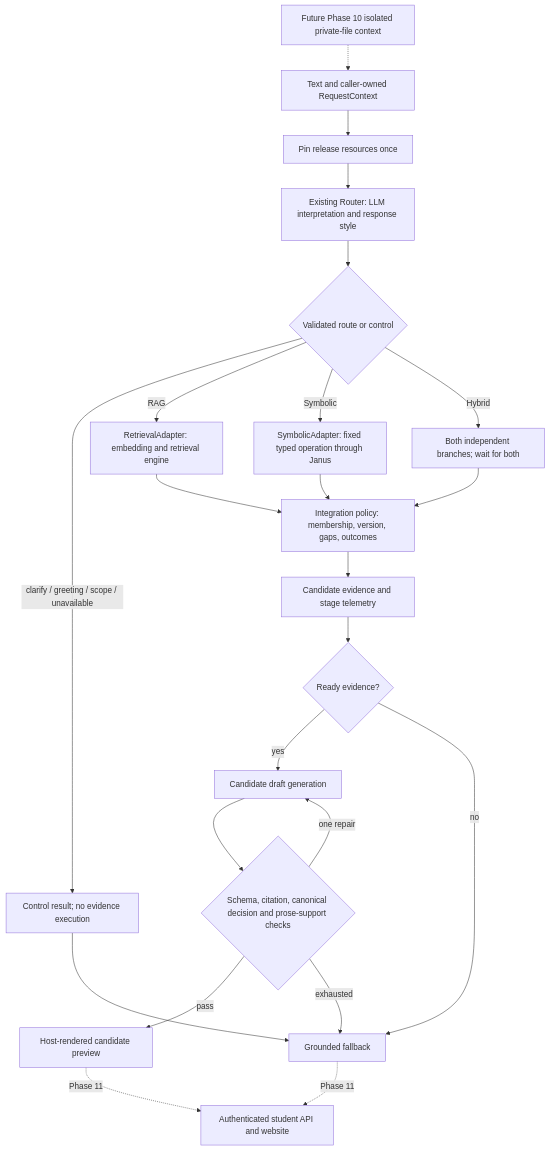
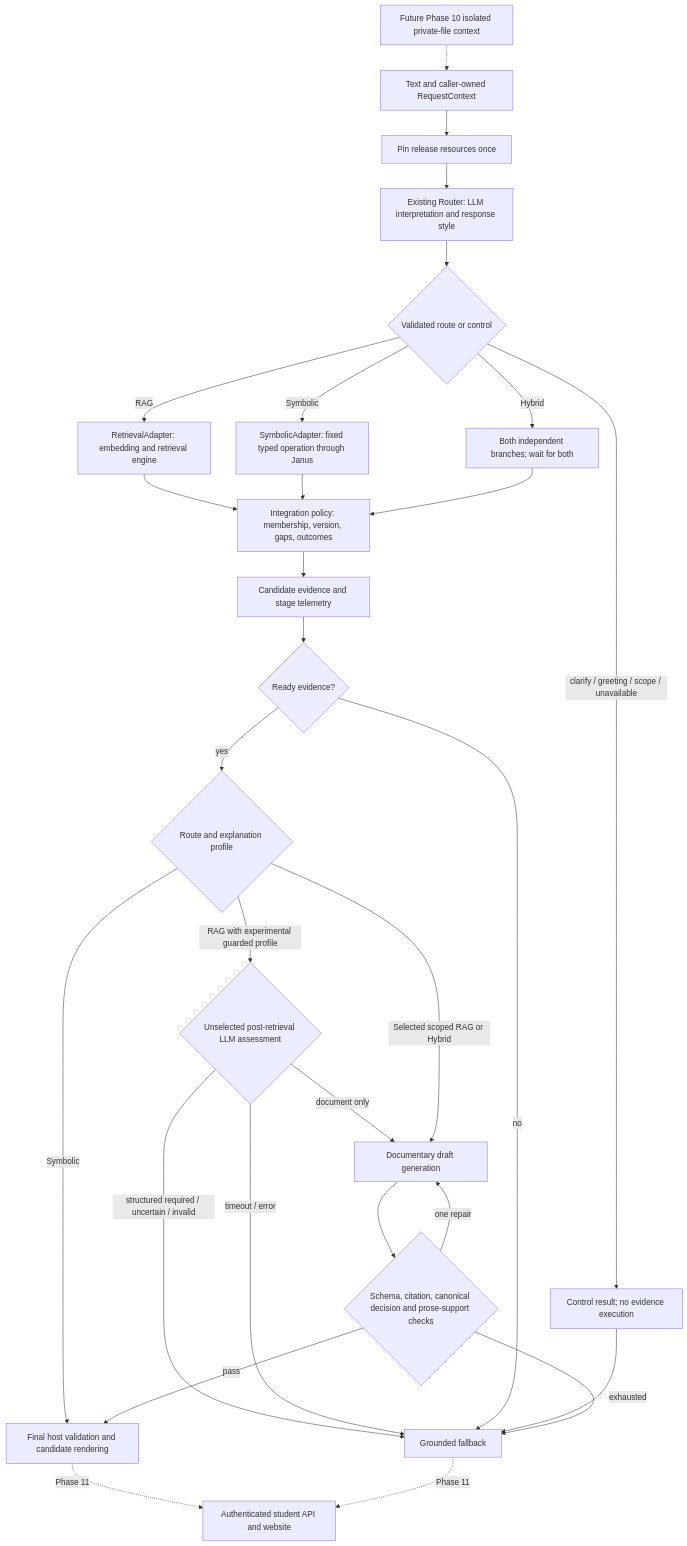
One commit to bintanong420/Bintanong changed the second of 2 diagrams in docs/development/pipelines.md. Above: the diagram before and after it, drawn with Mermaid. The commit also changed other lines of this file and 14 other files, not shown here.

````diff
--- a/docs/development/pipelines.md
+++ b/docs/development/pipelines.md
@@ -55,25 +55,31 @@
 ```mermaid
 flowchart TD
     Q[Text and caller-owned RequestContext] --> P[Pin release resources once]
     P --> L[Existing Router: LLM interpretation and response style]
     L --> G{Validated route or control}
     G -->|clarify / greeting / scope / unavailable| C[Control result; no evidence execution]
     G -->|RAG| R[RetrievalAdapter: embedding and retrieval engine]
     G -->|Symbolic| S[SymbolicAdapter: fixed typed operation through Janus]
     G -->|Hybrid| H[Both independent branches; wait for both]
     R --> I[Integration policy: membership, version, gaps, outcomes]
     S --> I
     H --> I
     I --> E[Candidate evidence and stage telemetry]
     E --> K{Ready evidence?}
-    K -->|yes| D[Candidate draft generation]
+    K -->|yes| X{Route and explanation profile}
+    X -->|RAG with experimental guarded profile| PG{Unselected post-retrieval LLM assessment}
+    PG -->|document only| D[Documentary draft generation]
+    PG -->|structured required / uncertain / invalid| B
+    PG -->|timeout / error| B
+    X -->|Selected scoped RAG or Hybrid| D
+    X -->|Symbolic| A
     K -->|no| B
     C --> B
     D --> V{Schema, citation, canonical decision and prose-support checks}
-    V -->|pass| A[Host-rendered candidate preview]
+    V -->|pass| A[Final host validation and candidate rendering]
     V -->|one repair| D
     V -->|exhausted| B[Grounded fallback]
     A -. Phase 11 .-> U[Authenticated student API and website]
     B -. Phase 11 .-> U
     F[Future Phase 10 isolated private-file context] -.-> Q
 ```
````
